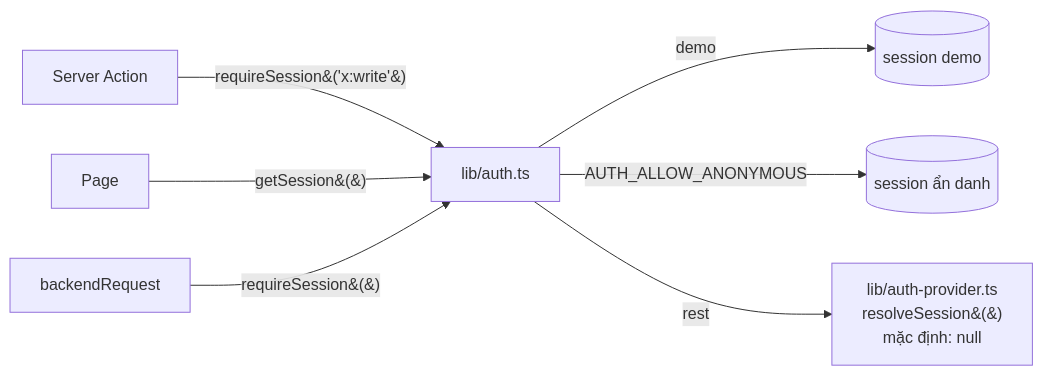
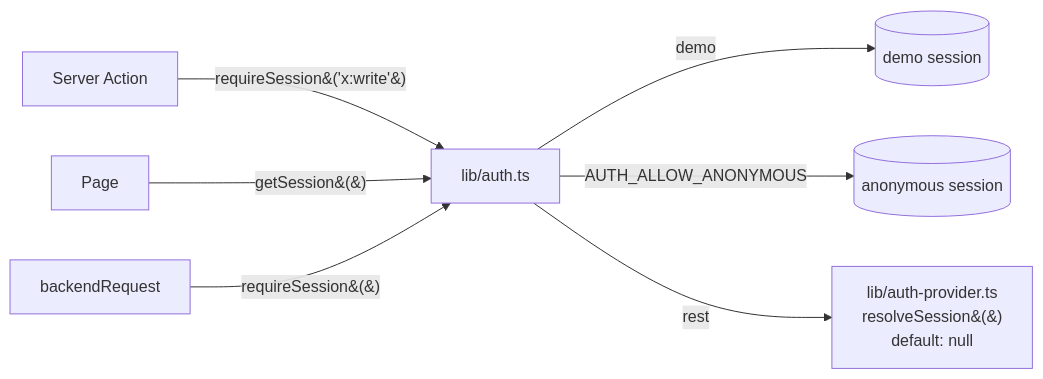
Before and after one commit to lannguyenit598/nextjs-atomic-starter: the fourth of 4 diagrams in docs/architecture.md, drawn with Mermaid. The commit also changed other lines of this file and 20 other files, not shown here.

````diff
--- a/docs/architecture.md
+++ b/docs/architecture.md
@@ -223,9 +223,9 @@
 ```mermaid
 flowchart LR
     SA[Server Action] -->|requireSession&#40;'x:write'&#41;| AUTH[lib/auth.ts]
     PG[Page] -->|getSession&#40;&#41;| AUTH
     BR[backendRequest] -->|requireSession&#40;&#41;| AUTH
-    AUTH -->|demo| DEMO[(session demo)]
-    AUTH -->|AUTH_ALLOW_ANONYMOUS| ANON[(session ẩn danh)]
-    AUTH -->|rest| PROV[lib/auth-provider.ts<br/>resolveSession&#40;&#41;<br/>mặc định: null]
+    AUTH -->|demo| DEMO[(demo session)]
+    AUTH -->|AUTH_ALLOW_ANONYMOUS| ANON[(anonymous session)]
+    AUTH -->|rest| PROV[lib/auth-provider.ts<br/>resolveSession&#40;&#41;<br/>default: null]
 ```
````
